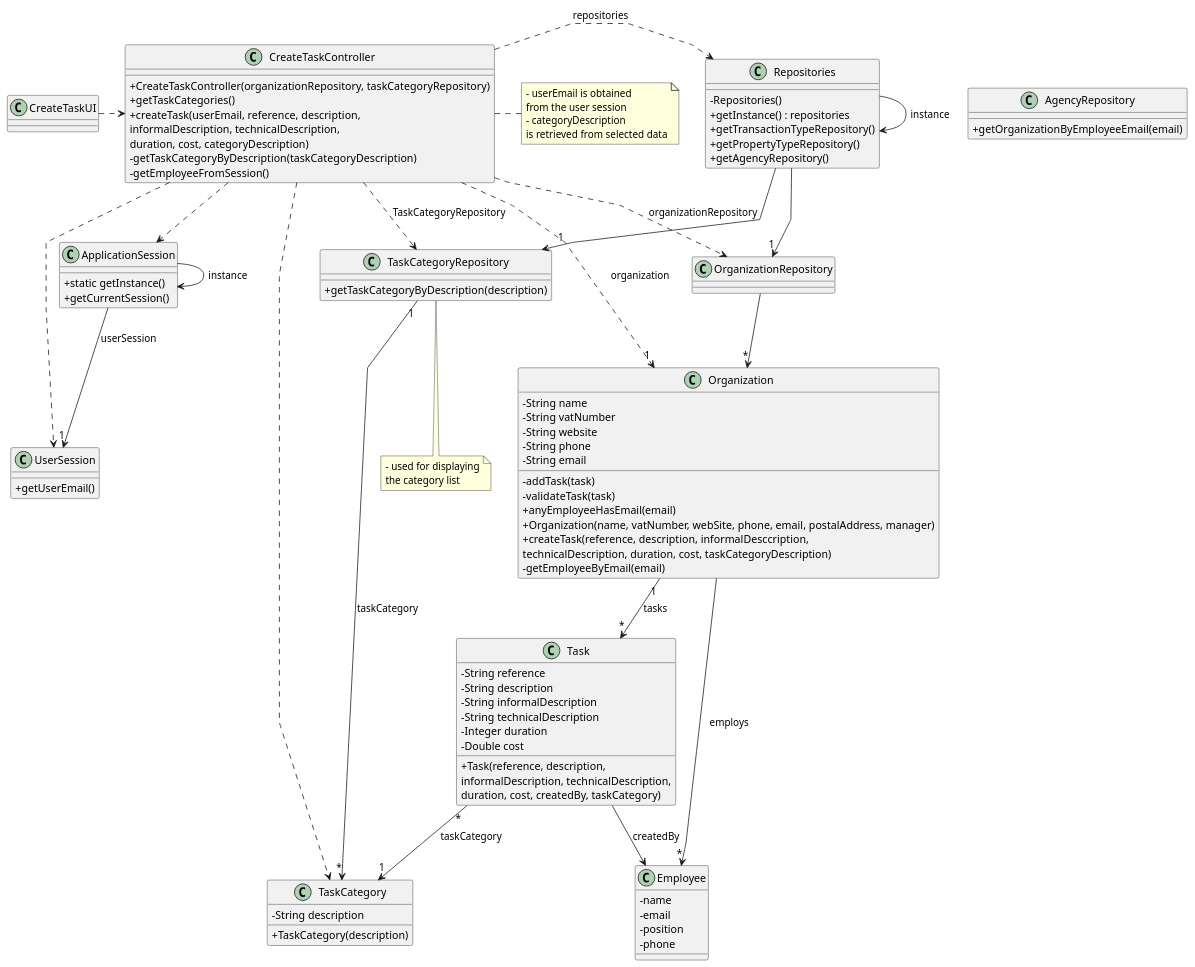
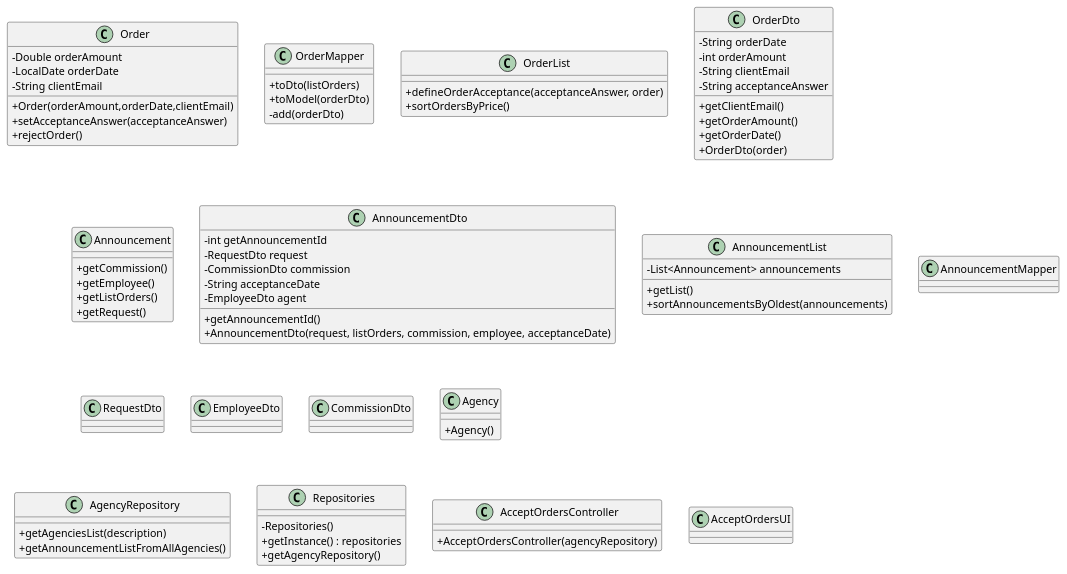
The diagram in docs/sprintC/us011/03.design/puml/us011-class-diagram.puml (rita-barbosa/LAPR2-2223), drawn with PlantUML before and after one commit.

Commit message:
Update class diagram [US011][Design]

```diff
--- a/docs/sprintC/us011/03.design/puml/us011-class-diagram.puml
+++ b/docs/sprintC/us011/03.design/puml/us011-class-diagram.puml
@@ -1,131 +1,104 @@
 @startuml
 'skinparam monochrome true
 skinparam packageStyle rectangle
 skinparam shadowing false
 skinparam linetype polyline
 'skinparam linetype orto
 
 skinparam classAttributeIconSize 0
 
 'left to right direction
 
-class ApplicationSession
-{
-    + static getInstance()
-    + getCurrentSession()
+class Order {
+- Double orderAmount
+- LocalDate orderDate
+- String clientEmail
++ Order(orderAmount,orderDate,clientEmail)
++ setAcceptanceAnswer(acceptanceAnswer)
++ rejectOrder()
+
 }
 
-class UserSession
-{
-    + getUserEmail()
+class OrderMapper {
++ toDto(listOrders)
++ toModel(orderDto)
+- add(orderDto)
+}
+class OrderList {
++ defineOrderAcceptance(acceptanceAnswer, order)
++ sortOrdersByPrice()
 }
 
-class Employee {
-    - name
-    - email
-    - position
-    - phone
+class OrderDto {
+- String orderDate
+- int orderAmount
+- String clientEmail
+- String acceptanceAnswer
++ getClientEmail()
++ getOrderAmount()
++ getOrderDate()
++ OrderDto(order)
 }
 
-class Task {
-    - String reference
-    - String description
-    - String informalDescription
-    - String technicalDescription
-    - Integer duration
-    - Double cost
-
-    + Task(reference, description,\ninformalDescription, technicalDescription,\nduration, cost, createdBy, taskCategory)
+class Announcement {
++ getCommission()
++ getEmployee()
++ getListOrders()
++ getRequest()
 }
 
-class TaskCategory {
-    - String description
-
-    + TaskCategory(description)
+class AnnouncementDto {
+- int getAnnouncementId
+- RequestDto request
+- CommissionDto commission
+- String acceptanceDate
+- EmployeeDto agent
++ getAnnouncementId()
++ AnnouncementDto(request, listOrders, commission, employee, acceptanceDate)
 }
 
-class Organization {
-    - String name
-    - String vatNumber
-    - String website
-    - String phone
-    - String email
+class AnnouncementList {
+- List<Announcement> announcements
++ getList()
++ sortAnnouncementsByOldest(announcements)
+}
+class AnnouncementMapper {
 
-    - addTask(task)
-    - validateTask(task)
-    + anyEmployeeHasEmail(email)
-    + Organization(name, vatNumber, webSite, phone, email, postalAddress, manager)
-    + createTask(reference, description, informalDesccription,\ntechnicalDescription, duration, cost, taskCategoryDescription)
-    - getEmployeeByEmail(email)
+}
+class RequestDto {
 
-'  +saveTask(task)
 }
+class EmployeeDto{
 
-class TaskCategoryRepository {
-    + getTaskCategoryByDescription(description)
+}
+class CommissionDto{
+
+}
+class Agency {
+    + Agency()
 }
 
 class AgencyRepository {
-    + getOrganizationByEmployeeEmail(email)
+    + getAgenciesList(description)
+    + getAnnouncementListFromAllAgencies()
 }
+
 
 class Repositories {
     - Repositories()
     + getInstance() : repositories
-    + getTransactionTypeRepository()
-    + getPropertyTypeRepository()
     + getAgencyRepository()
 }
 
-class CreateTaskController {
-    + CreateTaskController(organizationRepository, taskCategoryRepository)
-    + getTaskCategories()
-    + createTask(userEmail, reference, description,\ninformalDescription, technicalDescription,\nduration, cost, categoryDescription)
-    - getTaskCategoryByDescription(taskCategoryDescription)
-    - getEmployeeFromSession()
+class AcceptOrdersController {
+    + AcceptOrdersController(agencyRepository)
+
 }
 
-note right of CreateTaskController
-    - userEmail is obtained
-    from the user session
-    - categoryDescription
-    is retrieved from selected data
-end note
 
-note bottom of TaskCategoryRepository
-    - used for displaying
-    the category list
-end note
-
-class CreateTaskUI {
+class AcceptOrdersUI {
 }
 
-Repositories -> Repositories : instance
-ApplicationSession -> ApplicationSession : instance
 
-CreateTaskUI .> CreateTaskController
-
-CreateTaskController .> Repositories : repositories
-
-Repositories -> "1" TaskCategoryRepository
-
-CreateTaskController ..> TaskCategory
-CreateTaskController ..> OrganizationRepository : organizationRepository
-CreateTaskController ..> TaskCategoryRepository : TaskCategoryRepository
-
-Repositories --> "1" OrganizationRepository
-
-OrganizationRepository --> "*" Organization
-ApplicationSession --> "1" UserSession : userSession
-
-CreateTaskController ..> "1" Organization : organization
-CreateTaskController ..> ApplicationSession
-CreateTaskController ..> UserSession
-Task "*" --> "1" TaskCategory : taskCategory
-TaskCategoryRepository "1" --> "*" TaskCategory : taskCategory
-Organization "1" --> "*" Task : tasks
-Task --> Employee : createdBy
-
-Organization --> "*" Employee : employs
 
 @enduml
```
